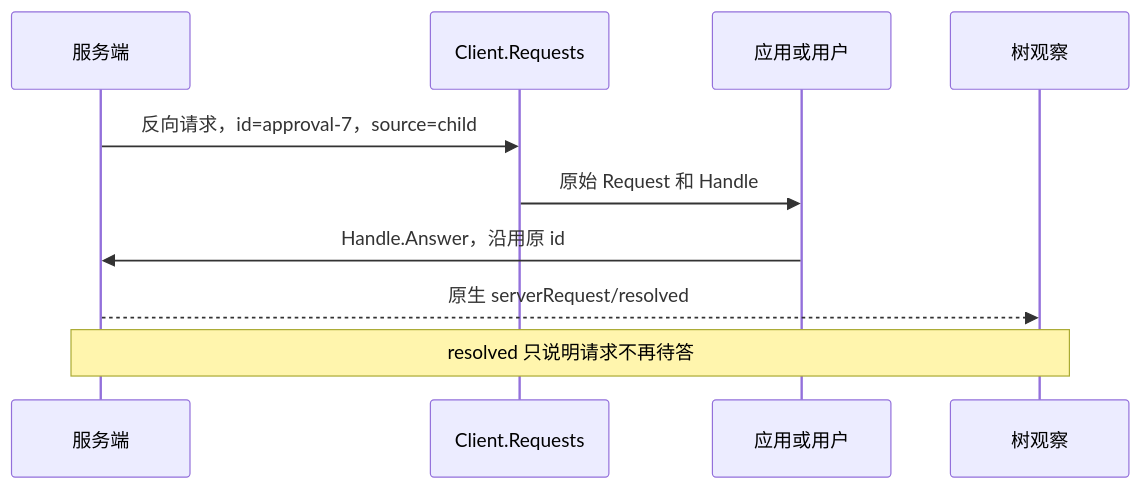
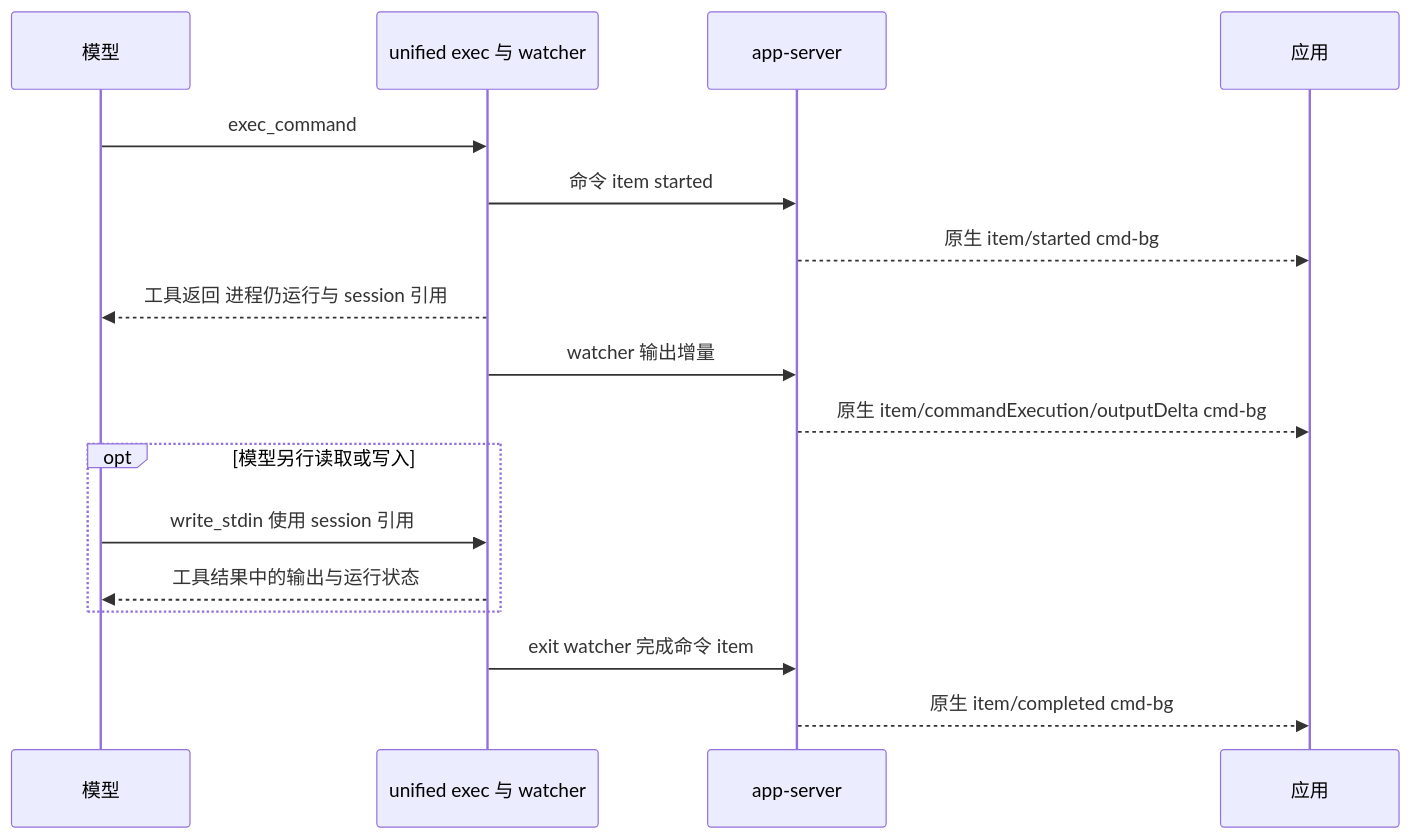
The fifth of 7 diagrams in docs/event-sequences.md (zoumo/agent-sdk-go), drawn with Mermaid before and after one commit. The commit also changed other lines of this file and 26 other files, not shown here.

````diff
--- a/docs/event-sequences.md
+++ b/docs/event-sequences.md
@@ -287,12 +175,19 @@
 ```mermaid
 sequenceDiagram
-    participant S as 服务端
-    participant Q as Client.Requests
-    participant U as 应用或用户
-    participant T as 树观察
-    S->>Q: 反向请求，id=approval-7，source=child
-    Q->>U: 原始 Request 和 Handle
-    U->>S: Handle.Answer，沿用原 id
-    S-->>T: 原生 serverRequest/resolved
-    Note over S,T: resolved 只说明请求不再待答
+    participant M as 模型
+    participant X as unified exec 与 watcher
+    participant S as app-server
+    participant U as 应用
+    M->>X: exec_command
+    X->>S: 命令 item started
+    S-->>U: 原生 item/started cmd-bg
+    X-->>M: 工具返回 进程仍运行与 session 引用
+    X->>S: watcher 输出增量
+    S-->>U: 原生 item/commandExecution/outputDelta cmd-bg
+    opt 模型另行读取或写入
+        M->>X: write_stdin 使用 session 引用
+        X-->>M: 工具结果中的输出与运行状态
+    end
+    X->>S: exit watcher 完成命令 item
+    S-->>U: 原生 item/completed cmd-bg
 ```
````
